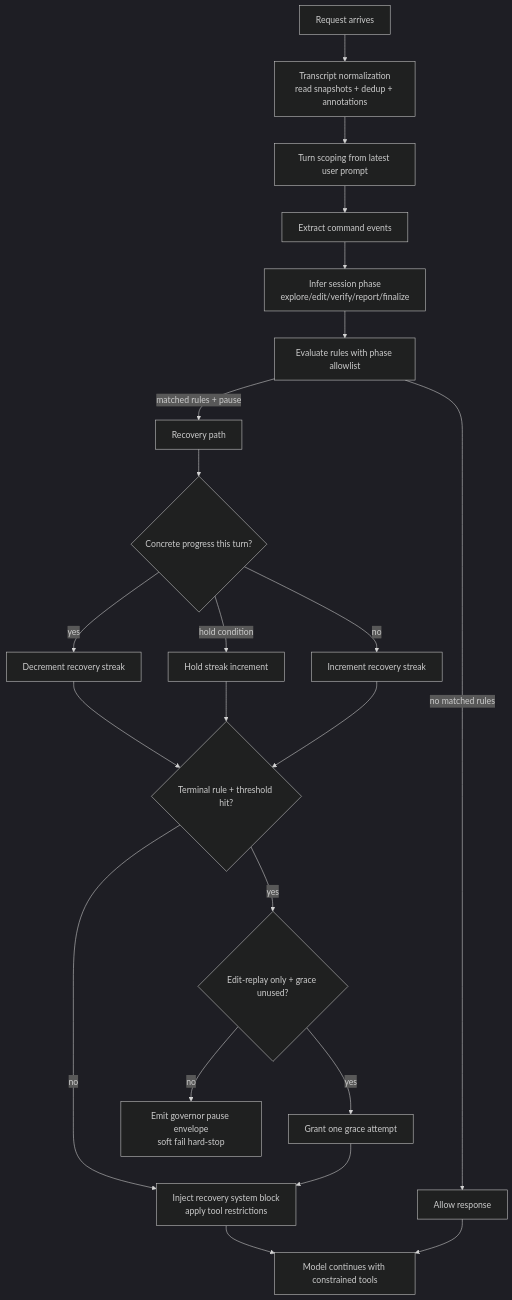
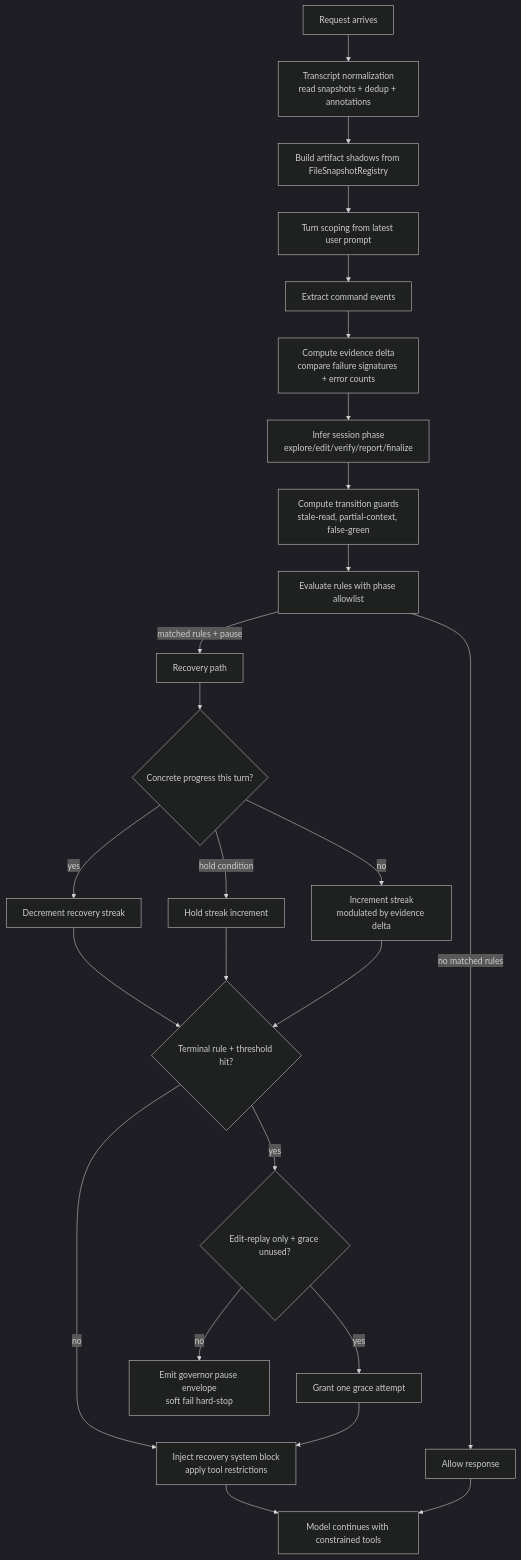
One commit to supernovae/synesis changed the second of 4 diagrams in docs/coder/GOVERNOR_STATE_GRAPH.md. Above: the diagram before and after it, drawn with Mermaid (dark theme). The commit also changed other lines of this file and 15 other files, not shown here.

````diff
--- a/docs/coder/GOVERNOR_STATE_GRAPH.md
+++ b/docs/coder/GOVERNOR_STATE_GRAPH.md
@@ -44,29 +46,32 @@
 ```mermaid
 flowchart TD
     A[Request arrives] --> B[Transcript normalization<br/>read snapshots + dedup + annotations]
-    B --> C[Turn scoping from latest user prompt]
+    B --> B2[Build artifact shadows from FileSnapshotRegistry]
+    B2 --> C[Turn scoping from latest user prompt]
     C --> D[Extract command events]
-    D --> E[Infer session phase<br/>explore/edit/verify/report/finalize]
-    E --> F[Evaluate rules with phase allowlist]
+    D --> D2[Compute evidence delta<br/>compare failure signatures + error counts]
+    D2 --> E[Infer session phase<br/>explore/edit/verify/report/finalize]
+    E --> E2[Compute transition guards<br/>stale-read, partial-context, false-green]
+    E2 --> F[Evaluate rules with phase allowlist]
 
     F -->|no matched rules| G[Allow response]
     F -->|matched rules + pause| H[Recovery path]
 
     H --> I{Concrete progress this turn?}
     I -->|yes| J[Decrement recovery streak]
     I -->|hold condition| K[Hold streak increment]
-    I -->|no| L[Increment recovery streak]
+    I -->|no| L[Increment streak<br/>modulated by evidence delta]
 
     J --> M{Terminal rule + threshold hit?}
     K --> M
     L --> M
 
     M -->|no| N[Inject recovery system block<br/>apply tool restrictions]
     M -->|yes| O{Edit-replay only + grace unused?}
     O -->|yes| P[Grant one grace attempt]
     O -->|no| Q[Emit governor pause envelope<br/>soft fail hard-stop]
 
     P --> N
     N --> R[Model continues with constrained tools]
     G --> R
 ```
````
